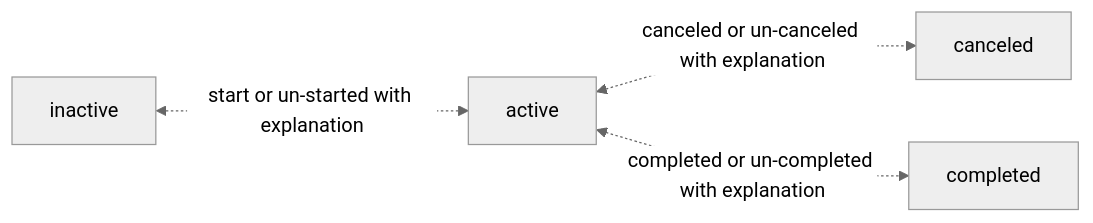
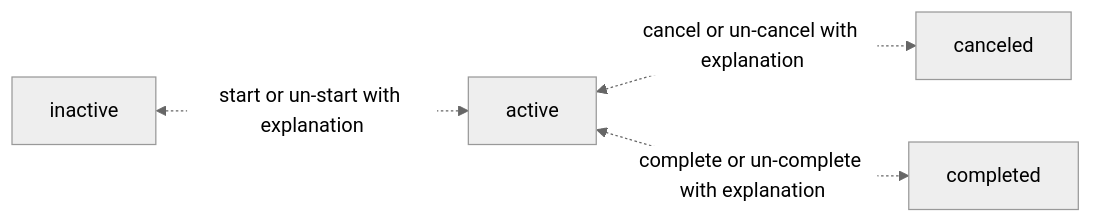
The third of 10 diagrams in README.md (tlangan1/Life-Helper-Backend), drawn with Mermaid (neutral theme) before and after one commit. The commit also changed other lines of this file and 11 other files, not shown here.

````diff
--- a/README.md
+++ b/README.md
@@ -81,6 +94,6 @@
 ```mermaid
-  flowchart LR
-      inactive<-. "start or un-started with explanation" .->active
-      active<-. "canceled or un-canceled with explanation" .->canceled
-      active<-. "completed or un-completed with explanation" .->completed
+flowchart LR
+    inactive <-. "start or un-start with explanation" .-> active
+    active <-. "cancel or un-cancel with explanation" .-> canceled
+    active <-. "complete or un-complete with explanation" .-> completed
 ```
````
